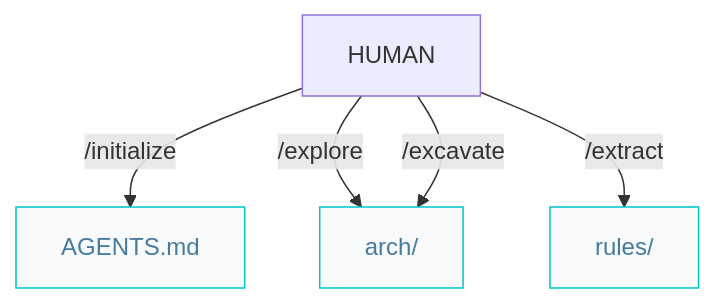
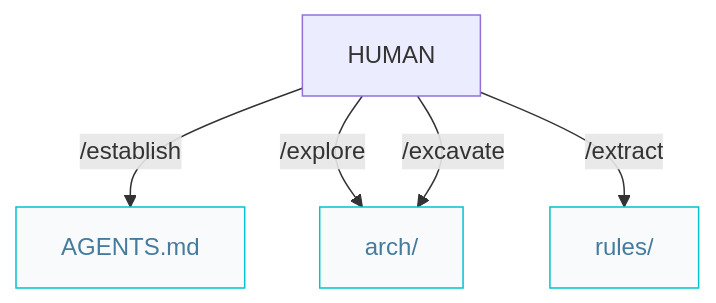
One commit to AIDDbot/AIDDbot changed the second of 2 diagrams in docs/architect.pipelines.md. Above: the diagram before and after it, drawn with Mermaid. The commit also changed other lines of this file and 9 other files, not shown here.

````diff
--- a/docs/architect.pipelines.md
+++ b/docs/architect.pipelines.md
@@ -26,14 +26,14 @@
 ```mermaid
 flowchart TD  
   HUM[HUMAN]
   AGT["AGENTS.md"]:::nd
   ARC["arch/"]:::nd
   RUL["rules/"]:::nd
 
-  HUM -->|/initialize| AGT
+  HUM -->|/establish| AGT
   HUM -->|/explore| ARC
   HUM -->|/excavate| ARC
   HUM -->|/extract| RUL
 
   classDef nd fill:#f8fafc,stroke:#00c4cc,color:#457b9d
 ```
````
